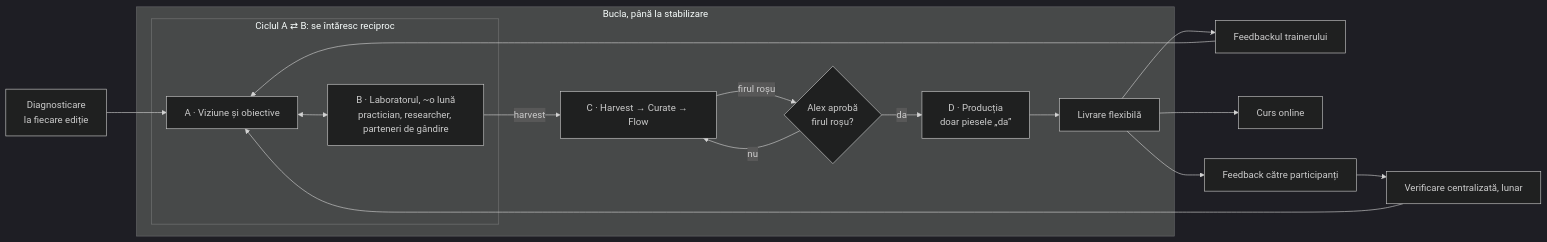
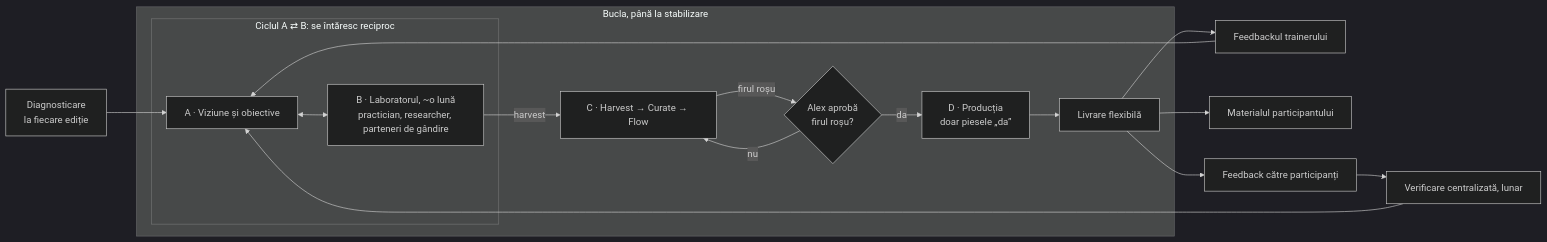
Before and after one commit to alexandrumolea/AgentsTeam: the diagram in docs/procese/curs-nou.md, drawn with Mermaid (dark theme). The commit also changed other lines of this file and 11 other files, not shown here.

First line of the commit message:
D-099: fără curs online în procesul de curs; după livrare, materialul participantului; în Producție, planșe și alte materiale

````diff
--- a/docs/procese/curs-nou.md
+++ b/docs/procese/curs-nou.md
@@ -103,17 +103,17 @@
 ```mermaid
 flowchart LR
   DG[Diagnosticare<br/>la fiecare ediție] --> A
   subgraph Bucla["Bucla, până la stabilizare"]
     subgraph Ciclu["Ciclul A ⇄ B: se întăresc reciproc"]
       A[A · Viziune și obiective] <--> B[B · Laboratorul, ~o lună<br/>practician, researcher, parteneri de gândire]
     end
     B -- harvest --> C[C · Harvest → Curate → Flow]
     C -- firul roșu --> G{Alex aprobă<br/>firul roșu?}
     G -- nu --> C
     G -- da --> D[D · Producția<br/>doar piesele „da”] --> L[Livrare flexibilă]
   end
   L --> T[Feedbackul trainerului] --> A
-  L --> CO[Curs online]
+  L --> MP[Materialul participantului]
   L --> FP[Feedback către participanți] --> V[Verificare centralizată, lunar]
   V --> A
 ```
````
